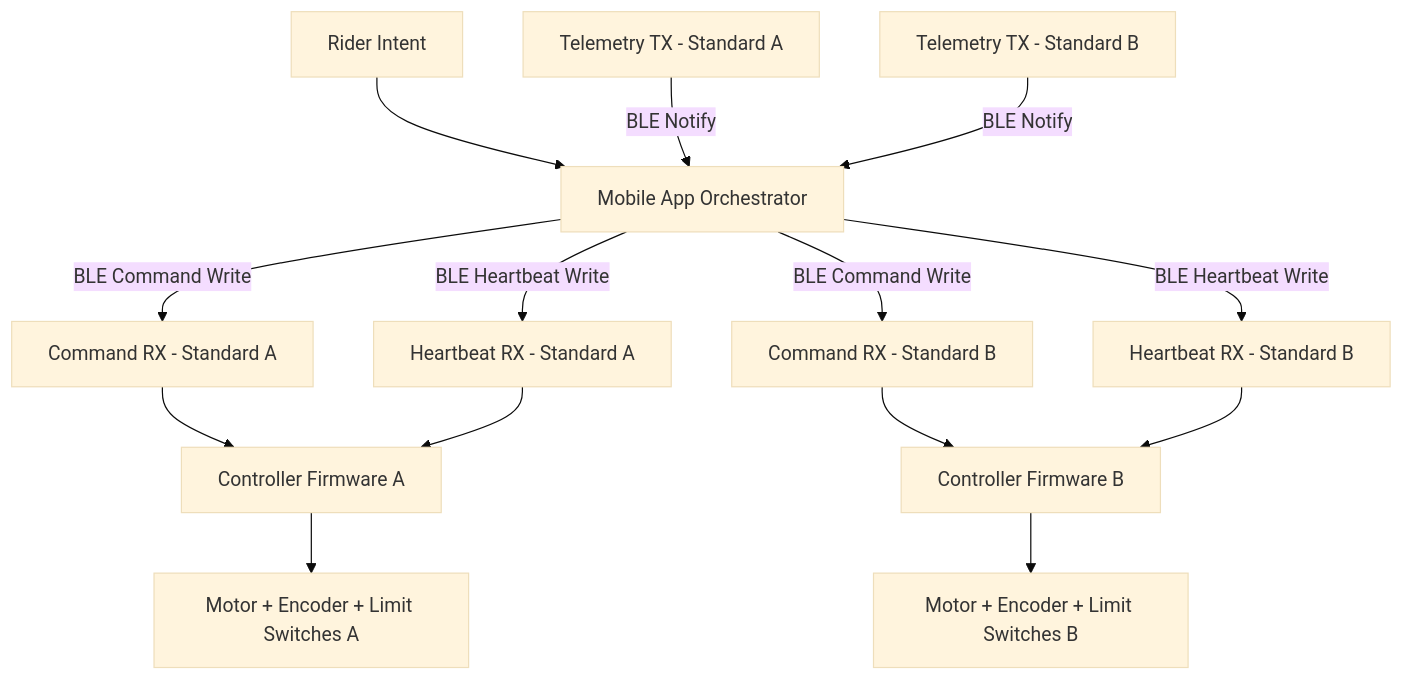
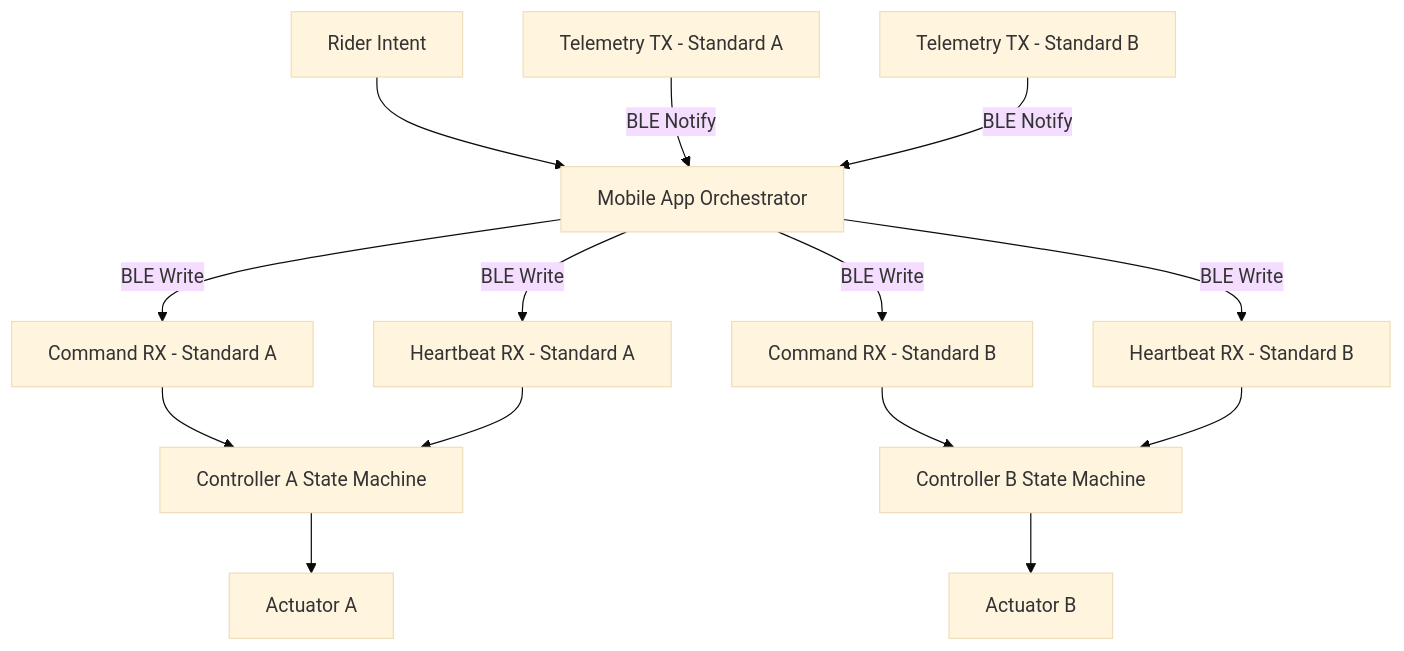
The diagram in README.md (arisharazakhan-cpu/smart-jump-prototype), drawn with Mermaid (base theme) before and after one commit. The commit also changed other lines of this file, not shown here.

````diff
--- a/README.md
+++ b/README.md
@@ -66,22 +153,20 @@
 ```mermaid
 flowchart TB
-
     Rider[Rider Intent] --> App[Mobile App Orchestrator]
 
-    App -->|BLE Command Write| CmdA[Command RX - Standard A]
-    App -->|BLE Heartbeat Write| HbA[Heartbeat RX - Standard A]
+    App -->|BLE Write| CmdA[Command RX - Standard A]
+    App -->|BLE Write| HbA[Heartbeat RX - Standard A]
     TelA[Telemetry TX - Standard A] -->|BLE Notify| App
 
-    App -->|BLE Command Write| CmdB[Command RX - Standard B]
-    App -->|BLE Heartbeat Write| HbB[Heartbeat RX - Standard B]
+    App -->|BLE Write| CmdB[Command RX - Standard B]
+    App -->|BLE Write| HbB[Heartbeat RX - Standard B]
     TelB[Telemetry TX - Standard B] -->|BLE Notify| App
 
-    CmdA --> DevA[Controller Firmware A]
+    CmdA --> DevA[Controller A State Machine]
     HbA --> DevA
-    DevA --> MotA[Motor + Encoder + Limit Switches A]
+    DevA --> MotA[Actuator A]
 
-    CmdB --> DevB[Controller Firmware B]
+    CmdB --> DevB[Controller B State Machine]
     HbB --> DevB
-    DevB --> MotB[Motor + Encoder + Limit Switches B]
-
+    DevB --> MotB[Actuator B]
 ```
````
